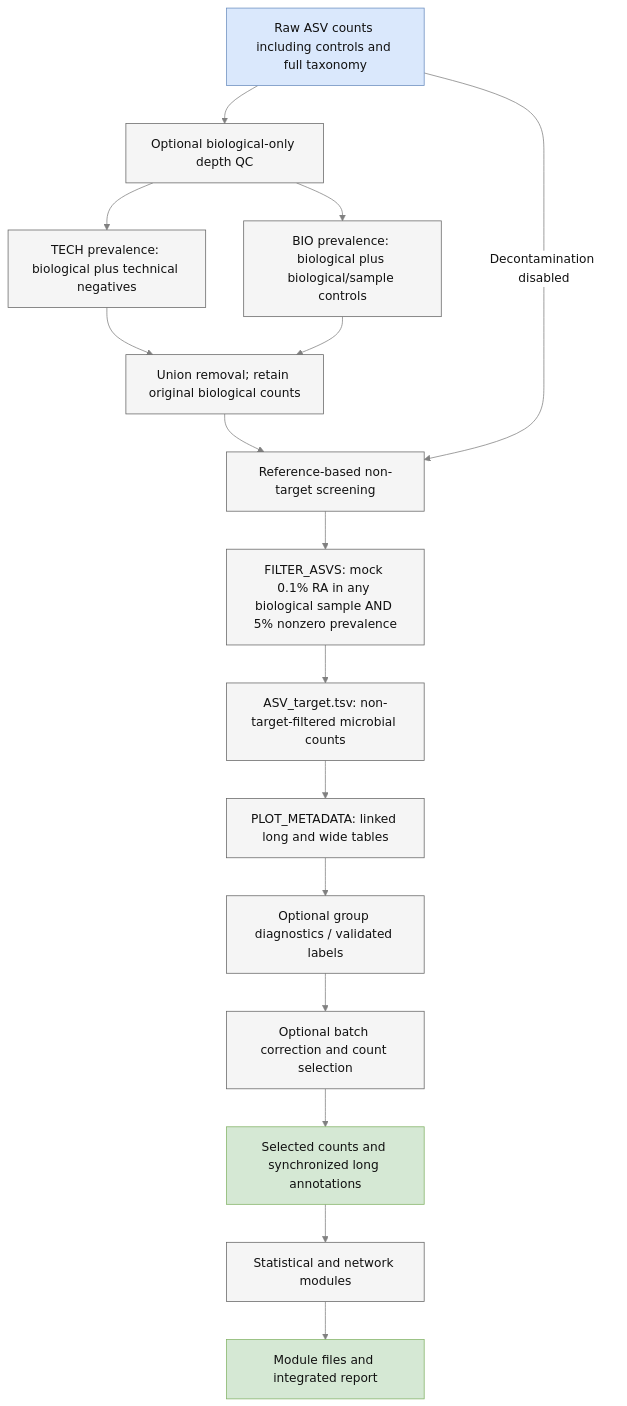
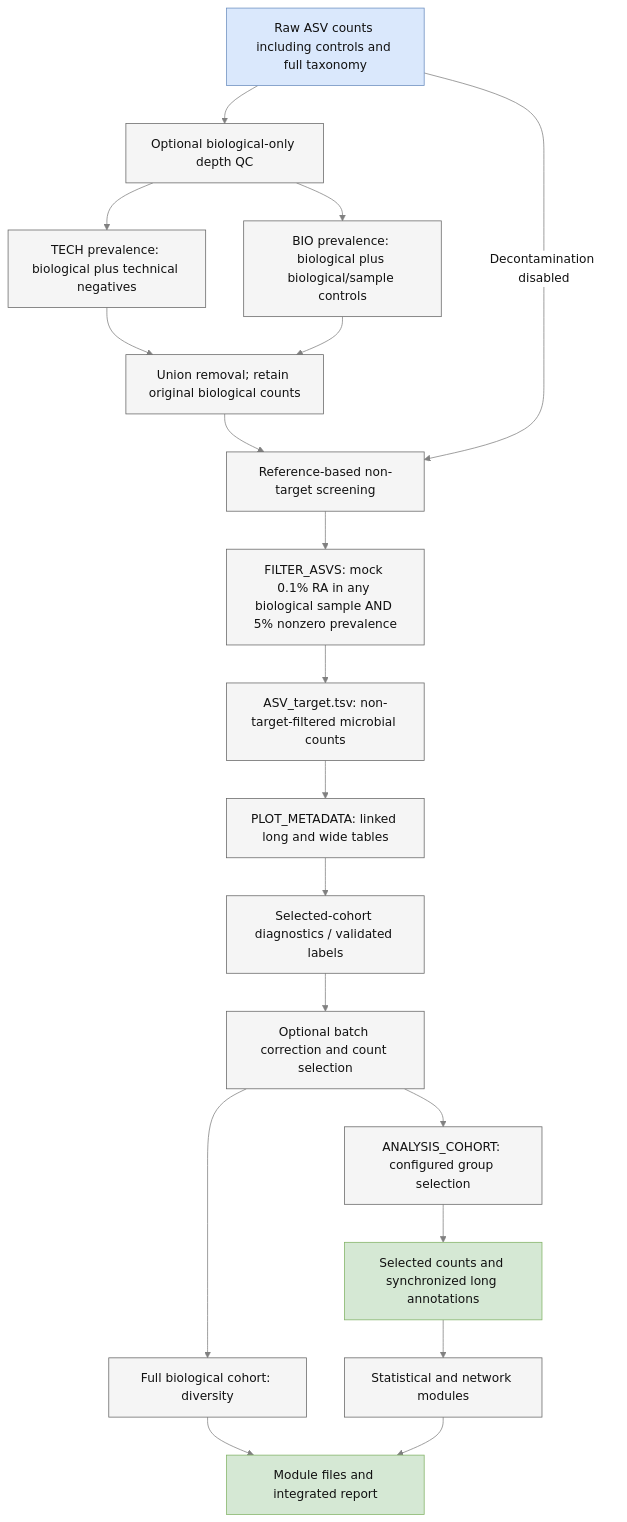
One commit to hallamlab/ASPIRE changed the diagram in docs/diagrams/workflow-3.mmd. Above: the diagram before and after it, drawn with Mermaid. The commit also changed 65 other files, not shown here.

```diff
--- a/docs/diagrams/workflow-3.mmd
+++ b/docs/diagrams/workflow-3.mmd
@@ -1,21 +1,24 @@
 %%{init: {"theme":"base","themeVariables":{"fontFamily":"Times New Roman, Times, serif","primaryColor":"#F5F5F5","primaryBorderColor":"#666666","lineColor":"#808080","defaultLinkColor":"#808080","primaryTextColor":"#111111","textColor":"#111111","edgeLabelBackground":"#FFFFFF"}}}%%
 flowchart TD
     RAW[Raw ASV counts including controls and full taxonomy] --> QC[Optional biological-only depth QC]
     QC --> TECH[TECH prevalence: biological plus technical negatives]
     QC --> BIO[BIO prevalence: biological plus biological/sample controls]
     TECH --> UNION[Union removal; retain original biological counts]
     BIO --> UNION
     UNION --> REF[Reference-based non-target screening]
     REF --> FEATURES[FILTER_ASVS: mock 0.1% RA in any biological sample AND 5% nonzero prevalence]
     RAW -->|Decontamination disabled| REF
     FEATURES --> TARGET[ASV_target.tsv: non-target-filtered microbial counts]
     TARGET --> SELECT[PLOT_METADATA: linked long and wide tables]
-    SELECT --> GROUP[Optional group diagnostics / validated labels]
+    SELECT --> GROUP[Selected-cohort diagnostics / validated labels]
     GROUP --> BATCH[Optional batch correction and count selection]
-    BATCH --> FINAL[Selected counts and synchronized long annotations]
+    BATCH --> DIVERSITY[Full biological cohort: diversity]
+    BATCH --> COHORT[ANALYSIS_COHORT: configured group selection]
+    COHORT --> FINAL[Selected counts and synchronized long annotations]
     FINAL --> STATS[Statistical and network modules]
+    DIVERSITY --> REPORT
     STATS --> REPORT[Module files and integrated report]
     classDef input fill:#DAE8FC,stroke:#6C8EBF,color:#111111
     classDef output fill:#D5E8D4,stroke:#82B366,color:#111111
     class RAW input
     class FINAL,REPORT output
```
